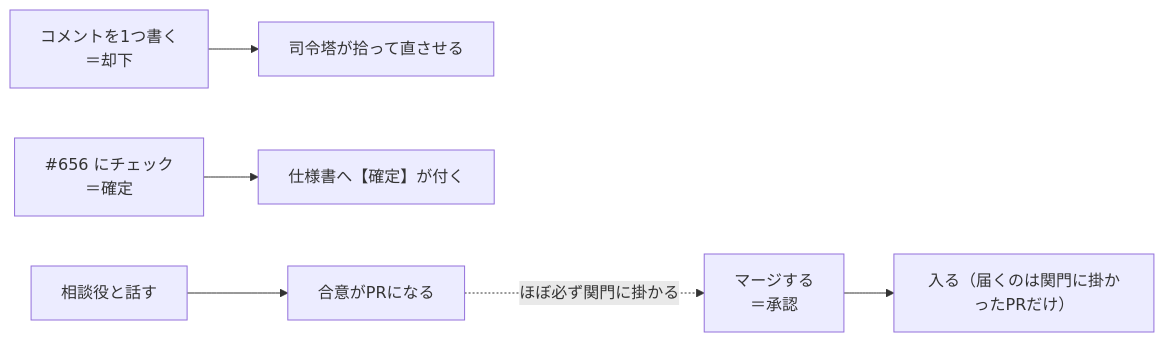
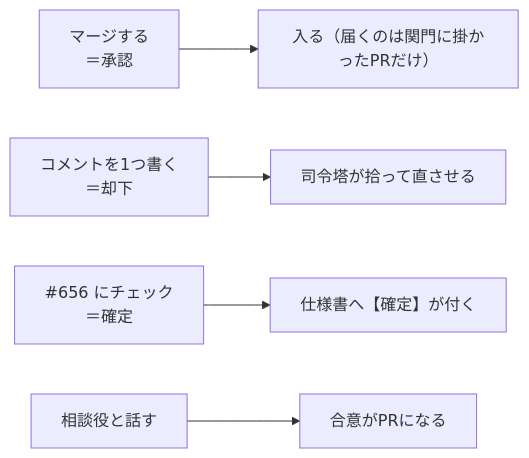
The fourth of 5 diagrams in docs/ParallelAgents.md (gooyyu1/UnmappedIsland), drawn with Mermaid before and after one commit. The commit also changed other lines of this file, not shown here.

````diff
--- a/docs/ParallelAgents.md
+++ b/docs/ParallelAgents.md
@@ -242,8 +247,7 @@
 ```mermaid
 flowchart LR
     A["マージする<br/>＝承認"] --> Done["入る（届くのは関門に掛かったPRだけ）"]
     B["コメントを1つ書く<br/>＝却下"] --> Fix["司令塔が拾って直させる"]
     C["#656 にチェック<br/>＝確定"] --> Mark["仕様書へ【確定】が付く"]
     D["相談役と話す"] --> Decide["合意がPRになる"]
-    Decide -.->|"ほぼ必ず関門に掛かる"| A
 ```
````
